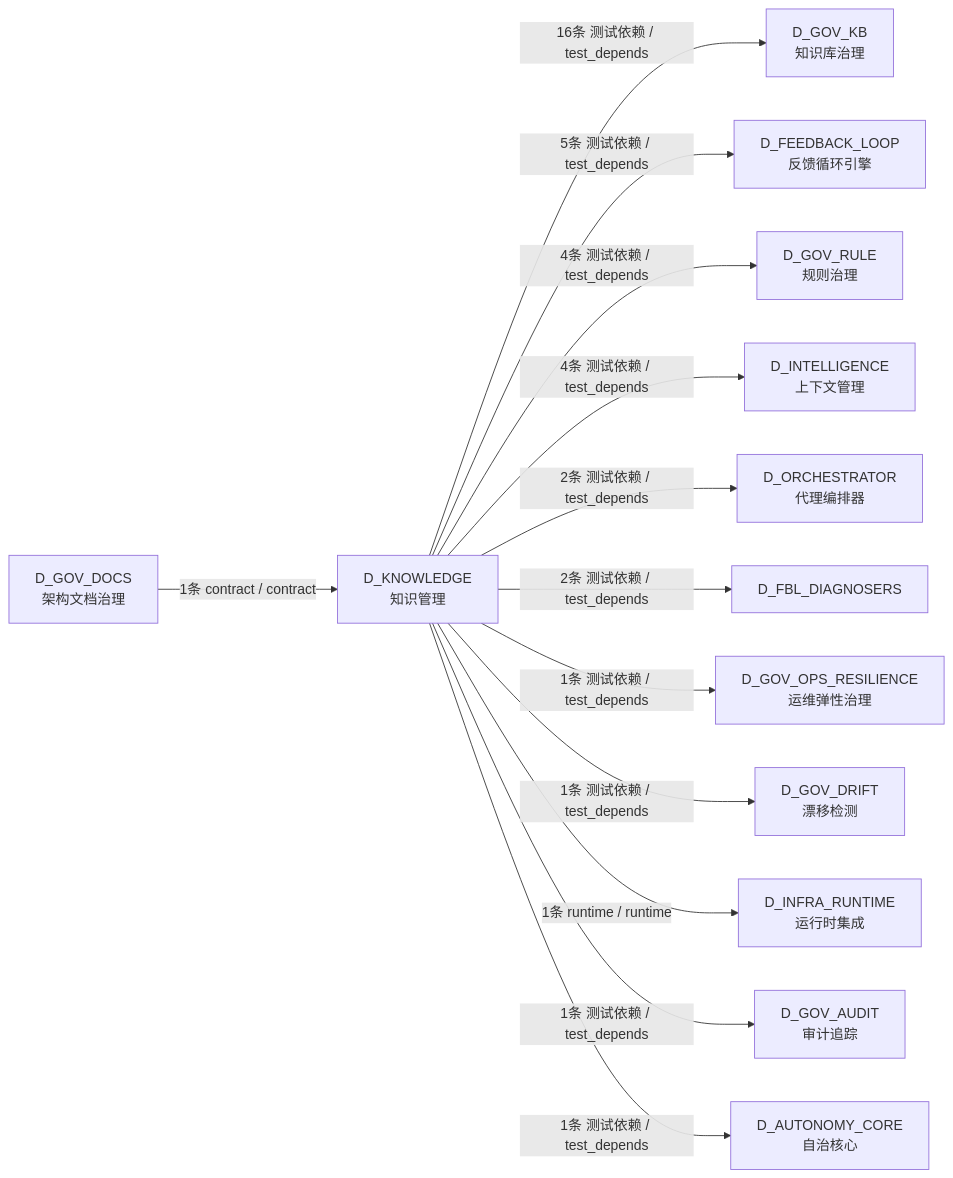
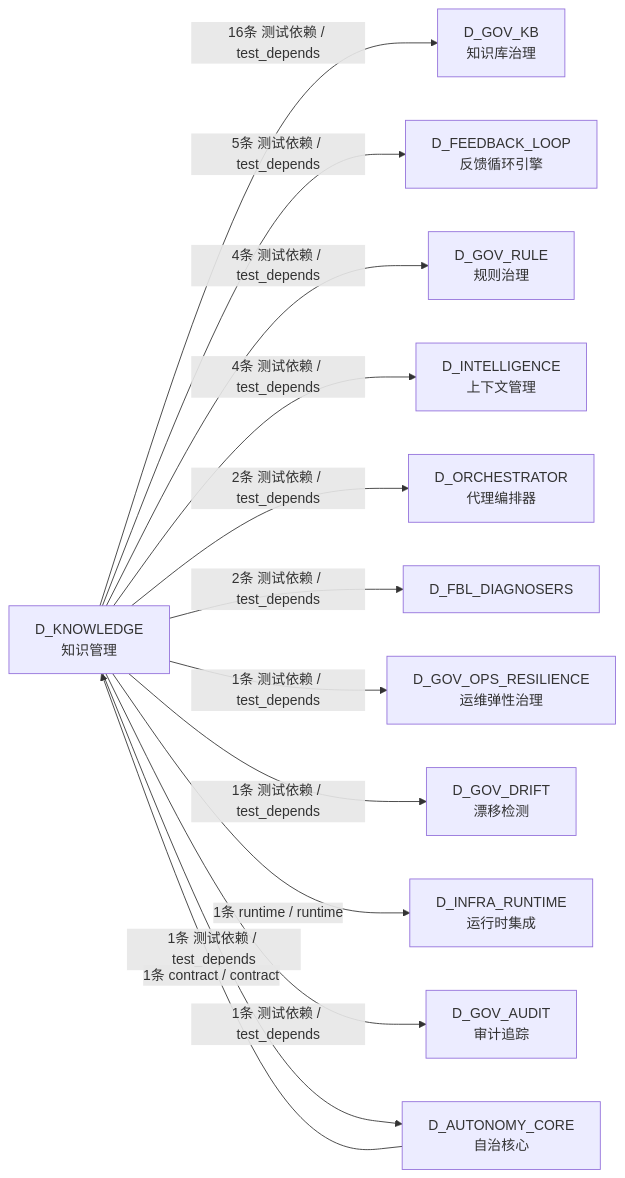
One commit to xuanFelixVan/ZephyrAlpha changed the fifth of 5 diagrams in docs/02_enterprise_architecture/02_domain_architecture_docs/48_d_knowledge.md. Above: the diagram before and after it, drawn with Mermaid. The commit also changed other lines of this file and 126 other files, not shown here.

````diff
--- a/docs/02_enterprise_architecture/02_domain_architecture_docs/48_d_knowledge.md
+++ b/docs/02_enterprise_architecture/02_domain_architecture_docs/48_d_knowledge.md
@@ -363,28 +362,27 @@
 ```mermaid
 graph LR
     D_KNOWLEDGE["D_KNOWLEDGE<br/>知识管理"]
     D_GOV_KB["D_GOV_KB<br/>知识库治理"]
     D_FEEDBACK_LOOP["D_FEEDBACK_LOOP<br/>反馈循环引擎"]
     D_GOV_RULE["D_GOV_RULE<br/>规则治理"]
     D_INTELLIGENCE["D_INTELLIGENCE<br/>上下文管理"]
     D_ORCHESTRATOR["D_ORCHESTRATOR<br/>代理编排器"]
     D_FBL_DIAGNOSERS["D_FBL_DIAGNOSERS"]
     D_GOV_OPS_RESILIENCE["D_GOV_OPS_RESILIENCE<br/>运维弹性治理"]
     D_GOV_DRIFT["D_GOV_DRIFT<br/>漂移检测"]
     D_INFRA_RUNTIME["D_INFRA_RUNTIME<br/>运行时集成"]
     D_GOV_AUDIT["D_GOV_AUDIT<br/>审计追踪"]
     D_AUTONOMY_CORE["D_AUTONOMY_CORE<br/>自治核心"]
-    D_GOV_DOCS["D_GOV_DOCS<br/>架构文档治理"]
     D_KNOWLEDGE -->|16条 测试依赖 / test_depends| D_GOV_KB
     D_KNOWLEDGE -->|5条 测试依赖 / test_depends| D_FEEDBACK_LOOP
     D_KNOWLEDGE -->|4条 测试依赖 / test_depends| D_GOV_RULE
     D_KNOWLEDGE -->|4条 测试依赖 / test_depends| D_INTELLIGENCE
     D_KNOWLEDGE -->|2条 测试依赖 / test_depends| D_ORCHESTRATOR
     D_KNOWLEDGE -->|2条 测试依赖 / test_depends| D_FBL_DIAGNOSERS
     D_KNOWLEDGE -->|1条 测试依赖 / test_depends| D_GOV_OPS_RESILIENCE
     D_KNOWLEDGE -->|1条 测试依赖 / test_depends| D_GOV_DRIFT
     D_KNOWLEDGE -->|1条 runtime / runtime| D_INFRA_RUNTIME
     D_KNOWLEDGE -->|1条 测试依赖 / test_depends| D_GOV_AUDIT
     D_KNOWLEDGE -->|1条 测试依赖 / test_depends| D_AUTONOMY_CORE
-    D_GOV_DOCS -->|1条 contract / contract| D_KNOWLEDGE
+    D_AUTONOMY_CORE -->|1条 contract / contract| D_KNOWLEDGE
 ```
````
